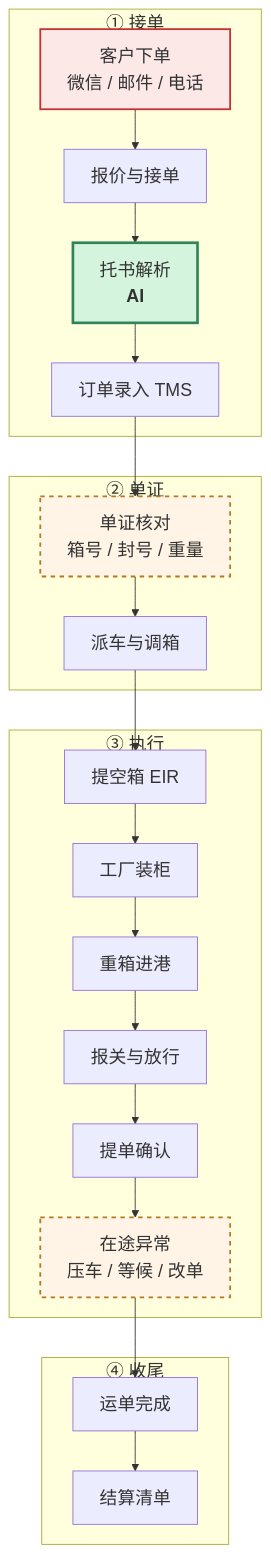
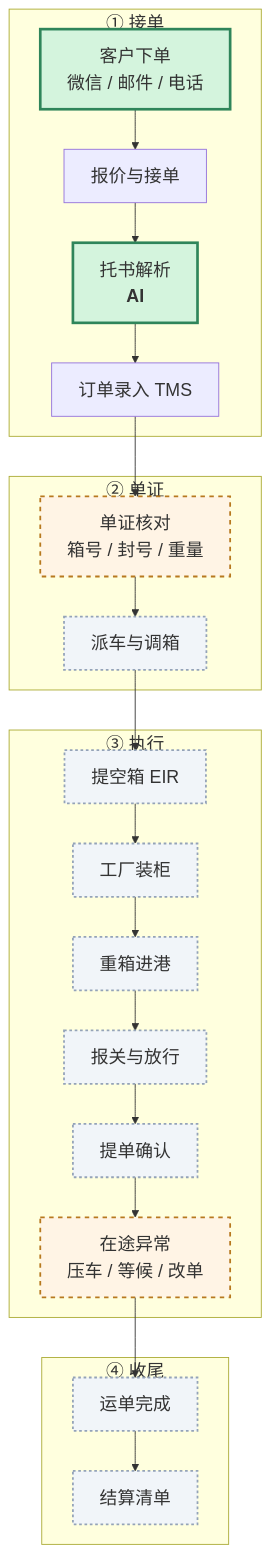
The first of 4 diagrams in 会客包/10_业务与财务流程图.md (roma007/Enterprise-AI), drawn with Mermaid before and after one commit. The commit also changed other lines of this file and 169 other files, not shown here.

````diff
--- a/会客包/10_业务与财务流程图.md
+++ b/会客包/10_业务与财务流程图.md
@@ -13,45 +13,46 @@
 ```mermaid
 %%{init: {"themeVariables": {"fontSize": "20px", "fontFamily": "-apple-system, \"PingFang SC\", sans-serif"}, "flowchart": {"useMaxWidth": false, "nodeSpacing": 50, "rankSpacing": 45, "wrappingWidth": 340, "htmlLabels": true}}}%%
 flowchart TB
   subgraph J["① 接单"]
     A1["客户下单<br/>微信 / 邮件 / 电话"]
     A2["报价与接单"]
     A3["托书解析<br/><b>AI</b>"]
     A4["订单录入 TMS"]
     A1 --> A2 --> A3 --> A4
   end
 
   subgraph D["② 单证"]
     B1["单证核对<br/>箱号 / 封号 / 重量"]
     B2["派车与调箱"]
     B1 --> B2
   end
 
   subgraph Z["③ 执行"]
     C1["提空箱 EIR"]
     C2["工厂装柜"]
     C3["重箱进港"]
     C4["报关与放行"]
     C5["提单确认"]
     C6["在途异常<br/>压车 / 等候 / 改单"]
     C1 --> C2 --> C3 --> C4 --> C5 --> C6
   end
 
   subgraph S["④ 收尾"]
     D1["运单完成"]
     D2["结算清单"]
     D1 --> D2
   end
 
   A4 --> B1
   B2 --> C1
   C6 --> D1
 
-  classDef ai fill:#d4f4dd,stroke:#2f855a,stroke-width:3px
-  classDef plan fill:#fff4e5,stroke:#b7791f,stroke-width:2px,stroke-dasharray:5 5
-  classDef pain fill:#fde8e8,stroke:#c53030,stroke-width:2px
+  classDef done fill:#d4f4dd,stroke:#2f855a,stroke-width:3px
+  classDef partial fill:#fff4e5,stroke:#b7791f,stroke-width:2px,stroke-dasharray:5 5
+  classDef blocked fill:#fde8e8,stroke:#c53030,stroke-width:2px
+  classDef out fill:#f1f5f9,stroke:#94a3b8,stroke-width:2px,stroke-dasharray:3 3
 
-  class A3 ai
-  class B1,C6 plan
-  class A1 pain
+  class A1,A3 done
+  class B1,C6 partial
+  class B2,C1,C2,C3,C4,C5,D1,D2 out
 ```
````
